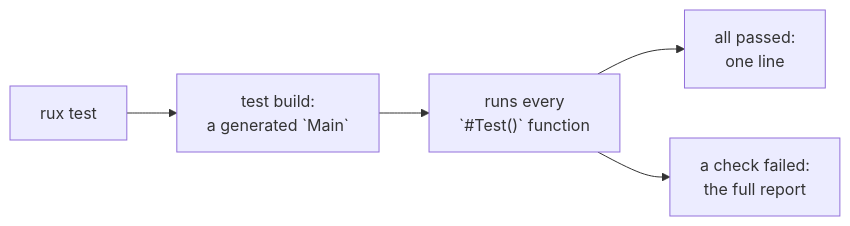
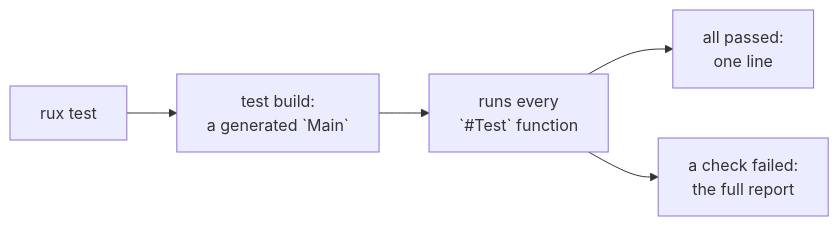
One commit to rux-lang/Web changed the diagram in content/docs/1.learn/22.packages/11.unit-test.md. Above: the diagram before and after it, drawn with Mermaid. The commit also changed other lines of this file and 736 other files, not shown here.

````diff
--- a/content/docs/1.learn/22.packages/11.unit-test.md
+++ b/content/docs/1.learn/22.packages/11.unit-test.md
@@ -67,7 +67,7 @@
 ```mermaid
 flowchart LR
     t["`rux test`"] --> b["test build:<br/>a generated `Main`"]
-    b --> r["runs every<br/>`#Test()` function"]
+    b --> r["runs every<br/>`#Test` function"]
     r --> ok["all passed:<br/>one line"]
     r --> bad["a check failed:<br/>the full report"]
 ```
````
